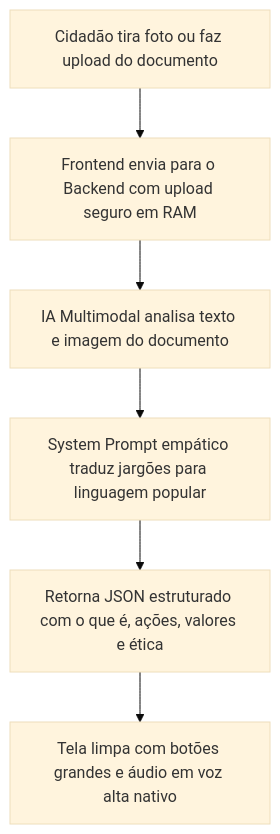
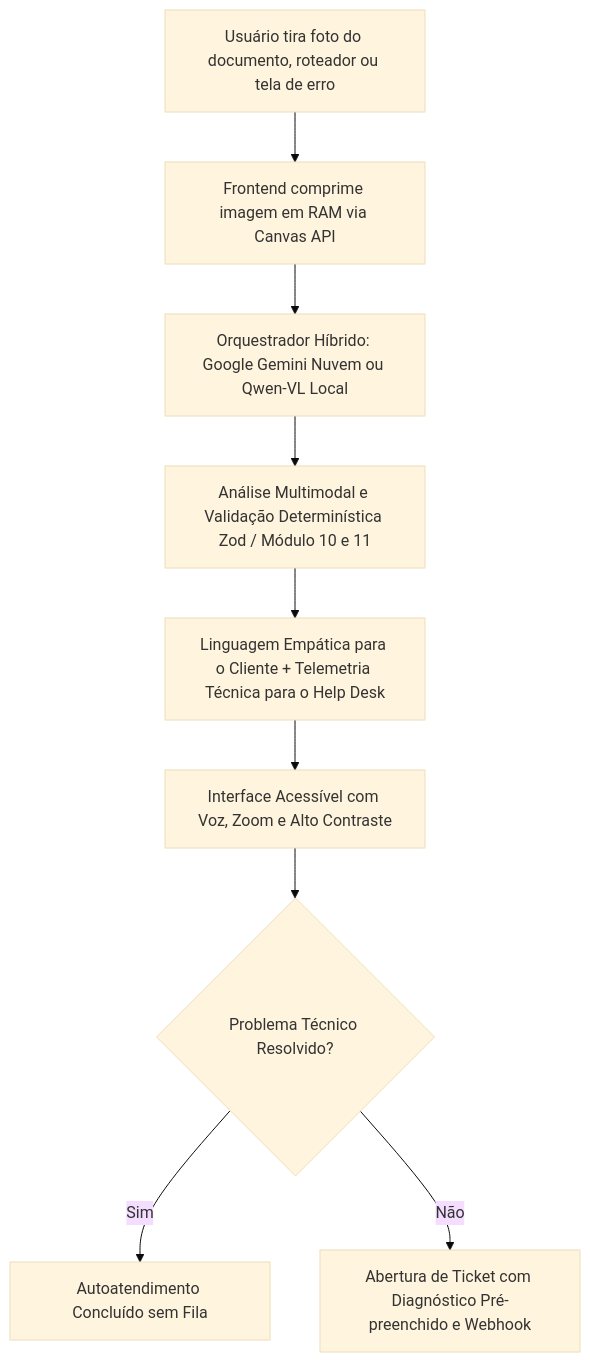
Before and after one commit to GABRIELRODRIGUESCAVALCANTE/projeto-idoso: the diagram in README.md, drawn with Mermaid (base theme). The commit also changed other lines of this file and 19 other files, not shown here.

````diff
--- a/README.md
+++ b/README.md
@@ -22,8 +25,11 @@
 ```mermaid
 graph TD
-    A[Cidadão tira foto ou faz upload do documento] --> B[Frontend envia para o Backend com upload seguro em RAM]
-    B --> C[IA Multimodal analisa texto e imagem do documento]
-    C --> D[System Prompt empático traduz jargões para linguagem popular]
-    D --> E[Retorna JSON estruturado com o que é, ações, valores e ética]
-    E --> F[Tela limpa com botões grandes e áudio em voz alta nativo]
+    A[Usuário tira foto do documento, roteador ou tela de erro] --> B[Frontend comprime imagem em RAM via Canvas API]
+    B --> C[Orquestrador Híbrido: Google Gemini Nuvem ou Qwen-VL Local]
+    C --> D[Análise Multimodal e Validação Determinística Zod / Módulo 10 e 11]
+    D --> E[Linguagem Empática para o Cliente + Telemetria Técnica para o Help Desk]
+    E --> F[Interface Acessível com Voz, Zoom e Alto Contraste]
+    F --> G{Problema Técnico Resolvido?}
+    G -- Sim --> H[Autoatendimento Concluído sem Fila]
+    G -- Não --> I[Abertura de Ticket com Diagnóstico Pré-preenchido e Webhook]
 ```
````
